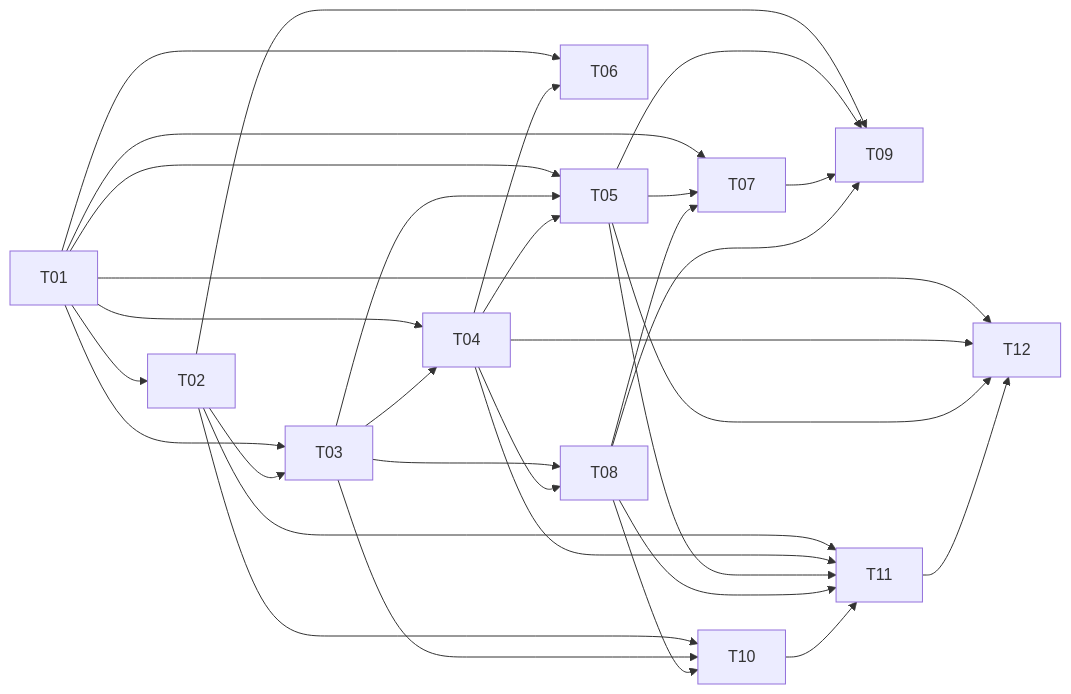
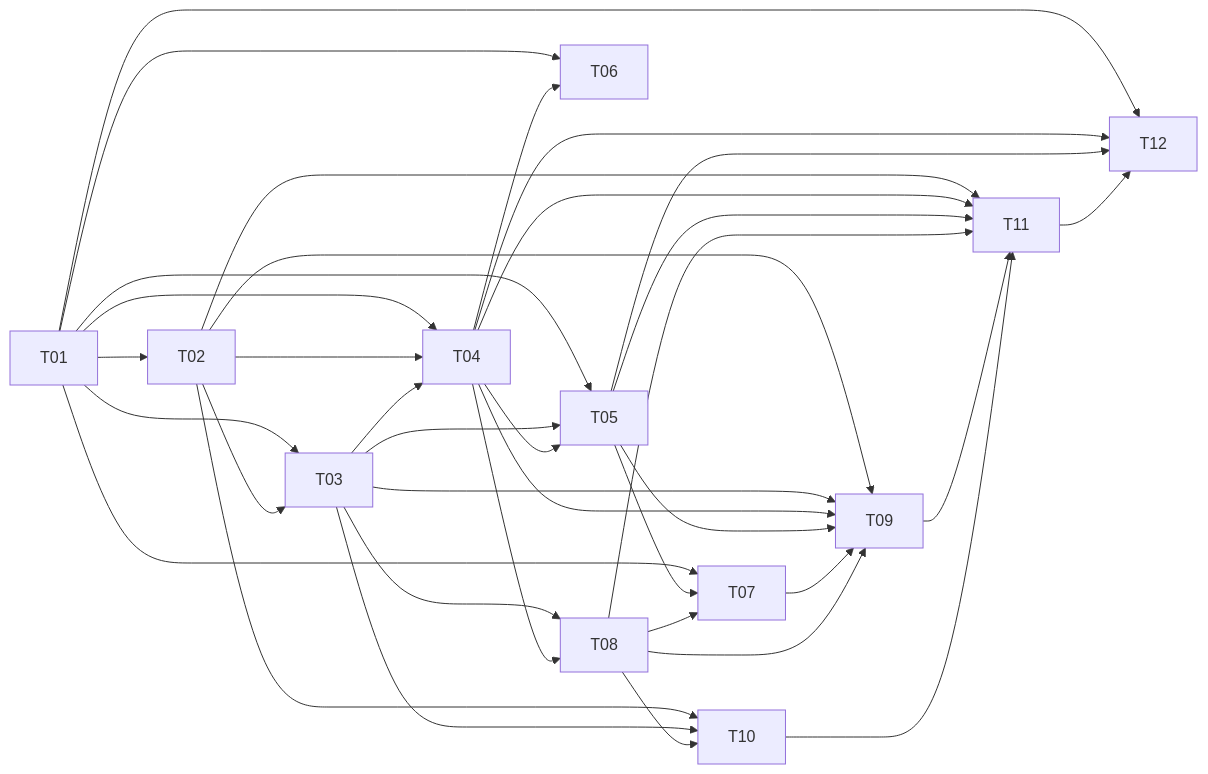
Before and after one commit to leoninew/agent-relay: the diagram in docs/plan/20261107-backend-from-web.md, drawn with Mermaid. The commit also changed other lines of this file and 118 other files, not shown here.

````diff
--- a/docs/plan/20261107-backend-from-web.md
+++ b/docs/plan/20261107-backend-from-web.md
@@ -202,34 +342,38 @@
 ```mermaid
 flowchart LR
     T01 --> T02
     T01 --> T03
     T02 --> T03
     T01 --> T04
+    T02 --> T04
     T03 --> T04
     T01 --> T05
     T03 --> T05
     T04 --> T05
     T01 --> T06
     T04 --> T06
     T03 --> T08
     T04 --> T08
     T01 --> T07
     T05 --> T07
     T08 --> T07
     T02 --> T09
+    T03 --> T09
+    T04 --> T09
     T05 --> T09
     T07 --> T09
     T08 --> T09
     T02 --> T10
     T03 --> T10
     T08 --> T10
     T02 --> T11
     T04 --> T11
     T05 --> T11
     T08 --> T11
+    T09 --> T11
     T10 --> T11
     T01 --> T12
     T04 --> T12
     T05 --> T12
     T11 --> T12
 ```
````
